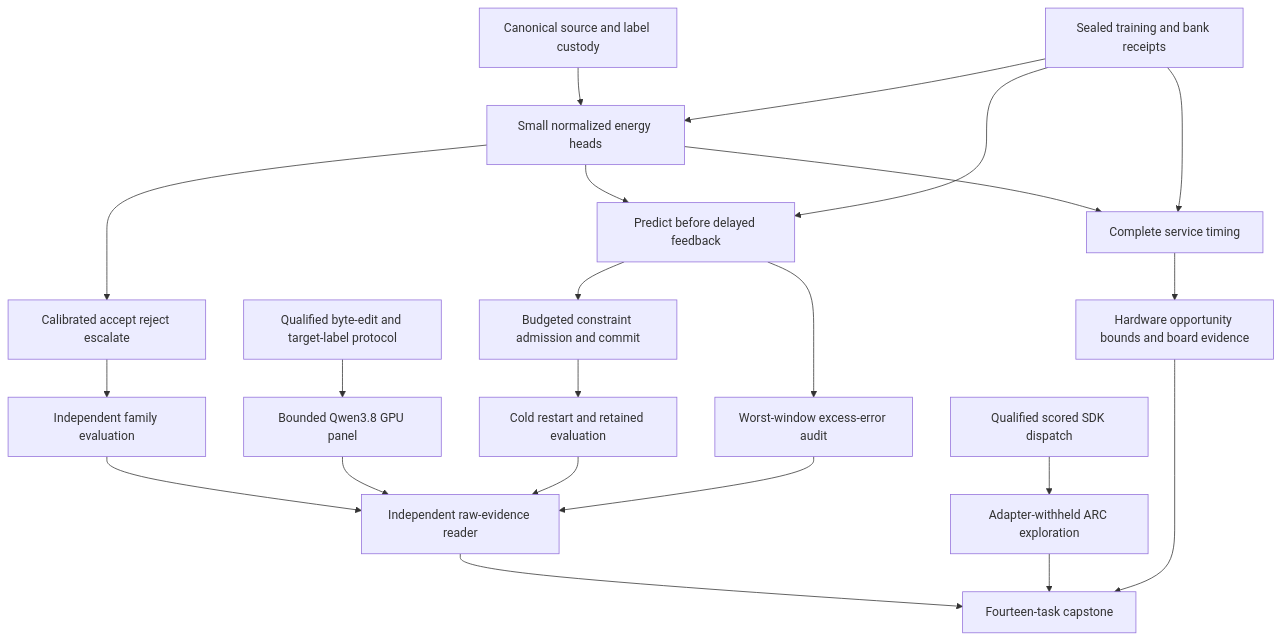
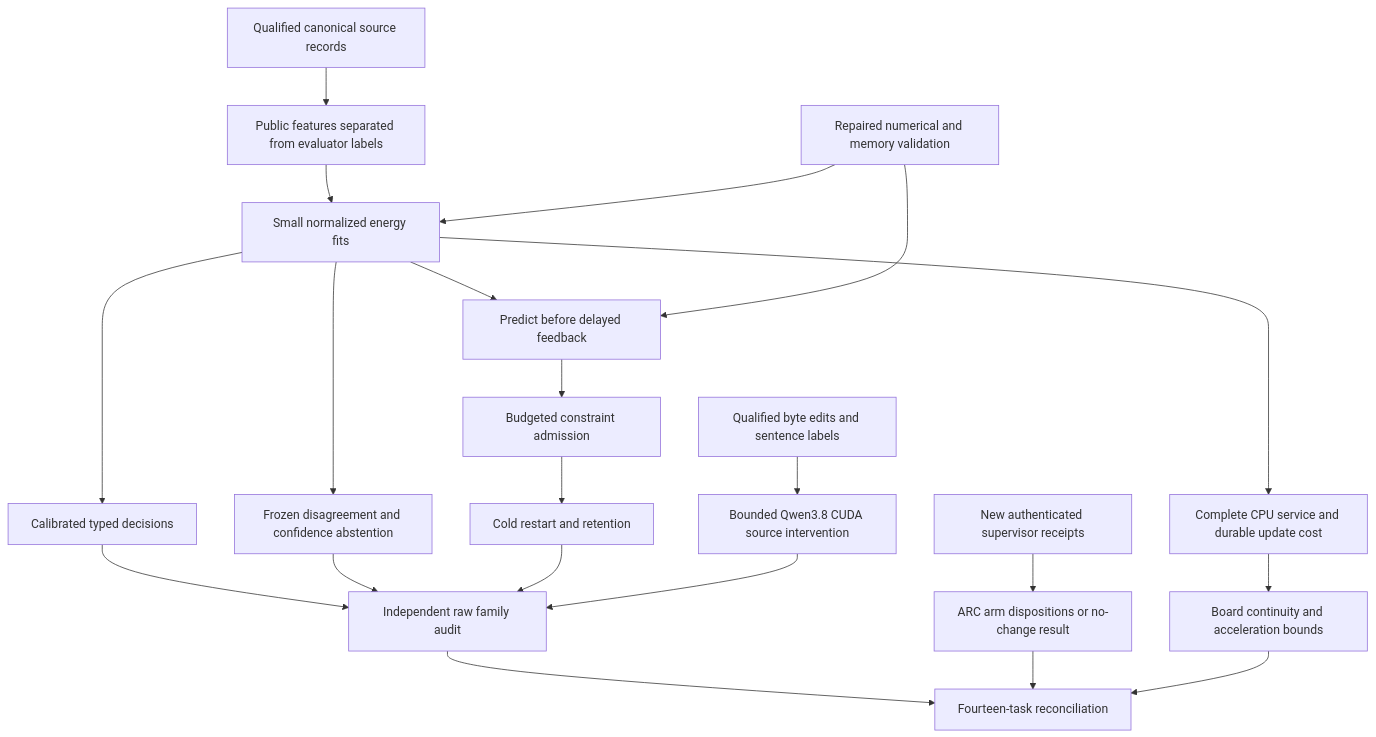
Before and after one commit to Carnot-EBM/carnot-ebm: the diagram in openspec/change-proposals/research-roadmap-vNEXT.md, drawn with Mermaid. The commit also changed other lines of this file and 15 other files, not shown here.

````diff
--- a/openspec/change-proposals/research-roadmap-vNEXT.md
+++ b/openspec/change-proposals/research-roadmap-vNEXT.md
@@ -83,24 +78,23 @@
 ```mermaid
 flowchart TD
-    C[Canonical source and label custody] --> F[Small normalized energy heads]
-    V[Sealed training and bank receipts] --> F
-    F --> D[Calibrated accept reject escalate]
-    D --> E[Independent family evaluation]
+    S[Qualified canonical source records] --> I[Public features separated from evaluator labels]
+    I --> F[Small normalized energy fits]
+    R[Repaired numerical and memory validation] --> F
+    F --> D[Calibrated typed decisions]
+    F --> U[Frozen disagreement and confidence abstention]
     F --> L[Predict before delayed feedback]
-    V --> L
-    L --> M[Budgeted constraint admission and commit]
-    M --> R[Cold restart and retained evaluation]
-    L --> W[Worst-window excess-error audit]
-    Q[Qualified byte-edit and target-label protocol] --> G[Bounded Qwen3.8 GPU panel]
-    A[Qualified scored SDK dispatch] --> B[Adapter-withheld ARC exploration]
-    F --> T[Complete service timing]
-    V --> T
-    T --> H[Hardware opportunity bounds and board evidence]
-    E --> I[Independent raw-evidence reader]
-    G --> I
-    R --> I
-    W --> I
-    I --> Z[Fourteen-task capstone]
-    B --> Z
+    R --> L
+    L --> B[Budgeted constraint admission]
+    B --> C[Cold restart and retention]
+    Q[Qualified byte edits and sentence labels] --> G[Bounded Qwen3.8 CUDA source intervention]
+    A[New authenticated supervisor receipts] --> O[ARC arm dispositions or no-change result]
+    D --> E[Independent raw family audit]
+    U --> E
+    C --> E
+    G --> E
+    F --> T[Complete CPU service and durable update cost]
+    T --> H[Board continuity and acceleration bounds]
+    E --> Z[Fourteen-task reconciliation]
+    O --> Z
     H --> Z
 ```
````
